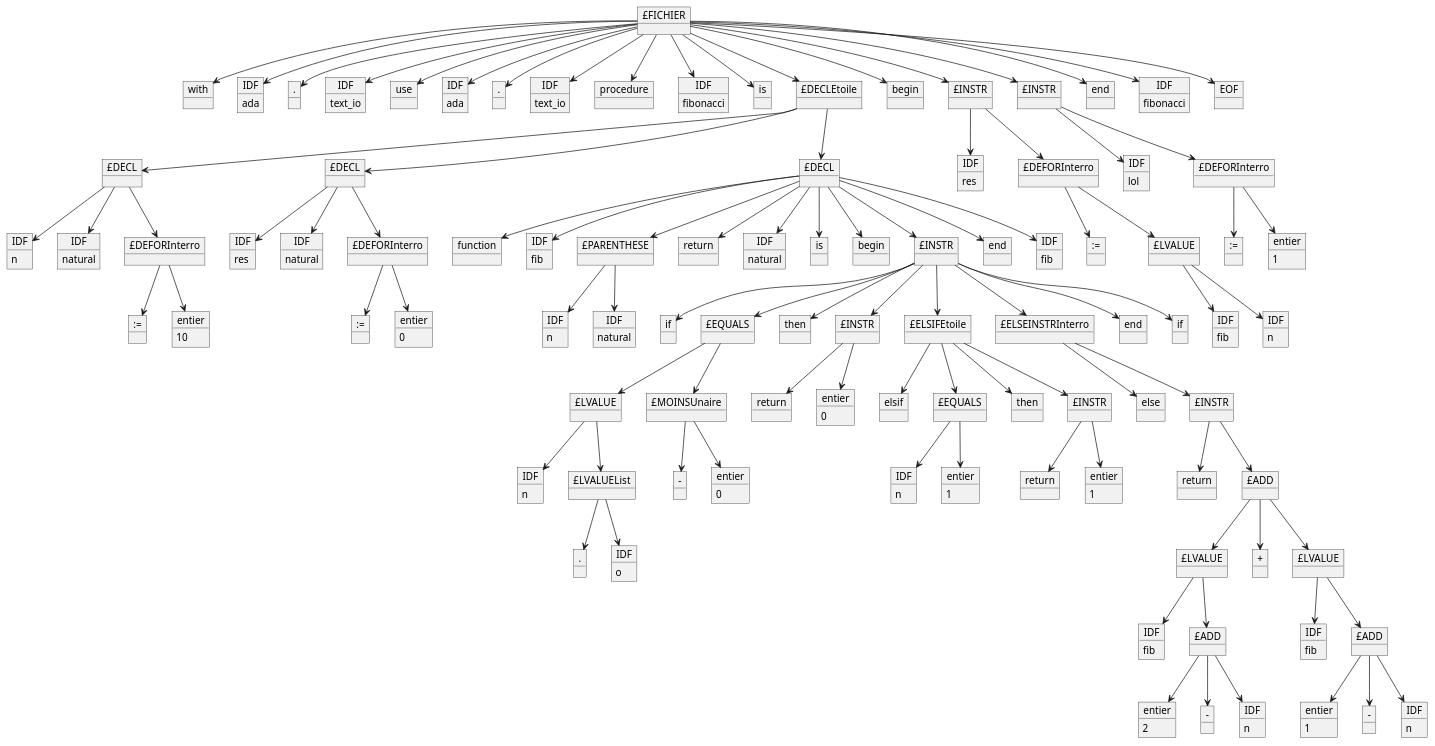
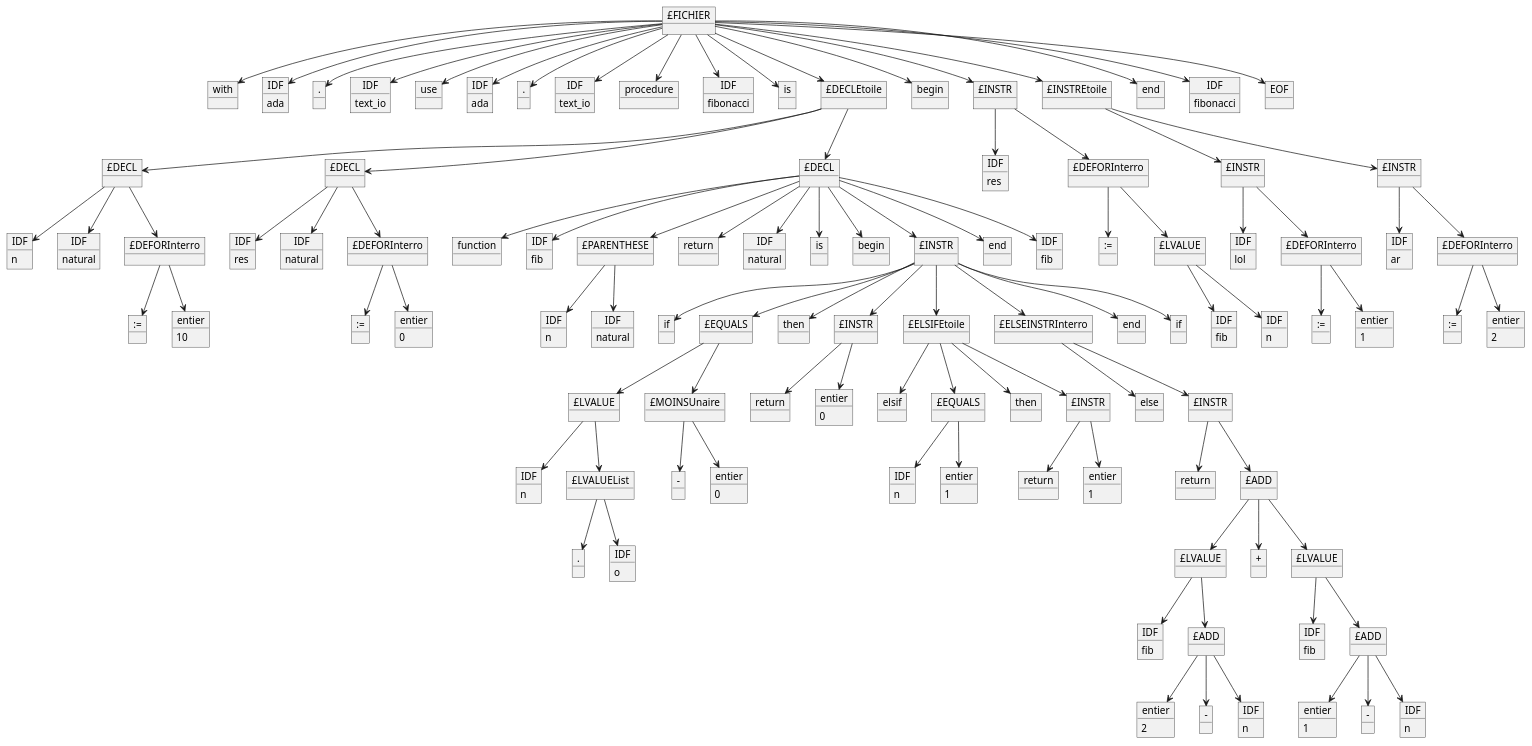
One commit to LeBoufty/pcl changed the diagram in Programmes/Fonctionne/fibonaccii.adb.puml. Above: the diagram before and after it, drawn with PlantUML. The commit also changed 7 other files, not shown here.

```diff
--- a/Programmes/Fonctionne/fibonaccii.adb.puml
+++ b/Programmes/Fonctionne/fibonaccii.adb.puml
@@ -19,7 +19,7 @@
 object "£DECLEtoile" as 13
 object "begin" as 14
 object "£INSTR" as 15
-object "£INSTR" as 16
+object "£INSTREtoile" as 16
 object "end" as 17
 object "IDF" as 18
 18 : fibonacci
@@ -30,9 +30,8 @@
 object "IDF" as 23
 23 : res
 object "£DEFORInterro" as 24
-object "IDF" as 25
-25 : lol
-object "£DEFORInterro" as 26
+object "£INSTR" as 25
+object "£INSTR" as 26
 object "IDF" as 27
 27 : n
 object "IDF" as 28
@@ -58,79 +57,88 @@
 42 : fib
 object ":=" as 43
 object "£LVALUE" as 44
-object ":=" as 45
-object "entier" as 46
-46 : 1
-object ":=" as 47
-object "entier" as 48
-48 : 10
+object "IDF" as 45
+45 : lol
+object "£DEFORInterro" as 46
+object "IDF" as 47
+47 : ar
+object "£DEFORInterro" as 48
 object ":=" as 49
 object "entier" as 50
-50 : 0
-object "IDF" as 51
-51 : n
-object "IDF" as 52
-52 : natural
-object "if" as 53
-object "£EQUALS" as 54
-object "then" as 55
-object "£INSTR" as 56
-object "£ELSIFEtoile" as 57
-object "£ELSEINSTRInterro" as 58
-object "end" as 59
-object "if" as 60
-object "IDF" as 61
-61 : fib
-object "IDF" as 62
-62 : n
-object "£LVALUE" as 63
-object "£MOINSUnaire" as 64
-object "return" as 65
+50 : 10
+object ":=" as 51
+object "entier" as 52
+52 : 0
+object "IDF" as 53
+53 : n
+object "IDF" as 54
+54 : natural
+object "if" as 55
+object "£EQUALS" as 56
+object "then" as 57
+object "£INSTR" as 58
+object "£ELSIFEtoile" as 59
+object "£ELSEINSTRInterro" as 60
+object "end" as 61
+object "if" as 62
+object "IDF" as 63
+63 : fib
+object "IDF" as 64
+64 : n
+object ":=" as 65
 object "entier" as 66
-66 : 0
-object "elsif" as 67
-object "£EQUALS" as 68
-object "then" as 69
-object "£INSTR" as 70
-object "else" as 71
-object "£INSTR" as 72
-object "IDF" as 73
-73 : n
-object "£LVALUEList" as 74
-object "-" as 75
-object "entier" as 76
-76 : 0
-object "IDF" as 77
-77 : n
-object "entier" as 78
-78 : 1
-object "return" as 79
-object "entier" as 80
-80 : 1
-object "return" as 81
-object "£ADD" as 82
-object "." as 83
-object "IDF" as 84
-84 : o
-object "£LVALUE" as 85
-object "+" as 86
-object "£LVALUE" as 87
-object "IDF" as 88
-88 : fib
-object "£ADD" as 89
+66 : 1
+object ":=" as 67
+object "entier" as 68
+68 : 2
+object "£LVALUE" as 69
+object "£MOINSUnaire" as 70
+object "return" as 71
+object "entier" as 72
+72 : 0
+object "elsif" as 73
+object "£EQUALS" as 74
+object "then" as 75
+object "£INSTR" as 76
+object "else" as 77
+object "£INSTR" as 78
+object "IDF" as 79
+79 : n
+object "£LVALUEList" as 80
+object "-" as 81
+object "entier" as 82
+82 : 0
+object "IDF" as 83
+83 : n
+object "entier" as 84
+84 : 1
+object "return" as 85
+object "entier" as 86
+86 : 1
+object "return" as 87
+object "£ADD" as 88
+object "." as 89
 object "IDF" as 90
-90 : fib
-object "£ADD" as 91
-object "entier" as 92
-92 : 2
-object "-" as 93
+90 : o
+object "£LVALUE" as 91
+object "+" as 92
+object "£LVALUE" as 93
 object "IDF" as 94
-94 : n
-object "entier" as 95
-95 : 1
-object "-" as 96
-object "IDF" as 97
-97 : n
+94 : fib
+object "£ADD" as 95
+object "IDF" as 96
+96 : fib
+object "£ADD" as 97
+object "entier" as 98
+98 : 2
+object "-" as 99
+object "IDF" as 100
+100 : n
+object "entier" as 101
+101 : 1
+object "-" as 102
+object "IDF" as 103
+103 : n
 1 -down-> 2
 1 -down-> 3
 1 -down-> 4
@@ -174,57 +182,63 @@
 22 -down-> 42
 24 -down-> 43
 24 -down-> 44
-26 -down-> 45
-26 -down-> 46
-29 -down-> 47
-29 -down-> 48
-32 -down-> 49
-32 -down-> 50
-35 -down-> 51
-35 -down-> 52
-40 -down-> 53
-40 -down-> 54
+25 -down-> 45
+25 -down-> 46
+26 -down-> 47
+26 -down-> 48
+29 -down-> 49
+29 -down-> 50
+32 -down-> 51
+32 -down-> 52
+35 -down-> 53
+35 -down-> 54
 40 -down-> 55
 40 -down-> 56
 40 -down-> 57
 40 -down-> 58
 40 -down-> 59
 40 -down-> 60
-44 -down-> 61
-44 -down-> 62
-54 -down-> 63
-54 -down-> 64
-56 -down-> 65
-56 -down-> 66
-57 -down-> 67
-57 -down-> 68
-57 -down-> 69
-57 -down-> 70
+40 -down-> 61
+40 -down-> 62
+44 -down-> 63
+44 -down-> 64
+46 -down-> 65
+46 -down-> 66
+48 -down-> 67
+48 -down-> 68
+56 -down-> 69
+56 -down-> 70
 58 -down-> 71
 58 -down-> 72
-63 -down-> 73
-63 -down-> 74
-64 -down-> 75
-64 -down-> 76
-68 -down-> 77
-68 -down-> 78
-70 -down-> 79
-70 -down-> 80
-72 -down-> 81
-72 -down-> 82
+59 -down-> 73
+59 -down-> 74
+59 -down-> 75
+59 -down-> 76
+60 -down-> 77
+60 -down-> 78
+69 -down-> 79
+69 -down-> 80
+70 -down-> 81
+70 -down-> 82
 74 -down-> 83
 74 -down-> 84
-82 -down-> 85
-82 -down-> 86
-82 -down-> 87
-85 -down-> 88
-85 -down-> 89
-87 -down-> 90
-87 -down-> 91
-89 -down-> 92
-89 -down-> 93
-89 -down-> 94
+76 -down-> 85
+76 -down-> 86
+78 -down-> 87
+78 -down-> 88
+80 -down-> 89
+80 -down-> 90
+88 -down-> 91
+88 -down-> 92
+88 -down-> 93
+91 -down-> 94
 91 -down-> 95
-91 -down-> 96
-91 -down-> 97
+93 -down-> 96
+93 -down-> 97
+95 -down-> 98
+95 -down-> 99
+95 -down-> 100
+97 -down-> 101
+97 -down-> 102
+97 -down-> 103
 @enduml
```
